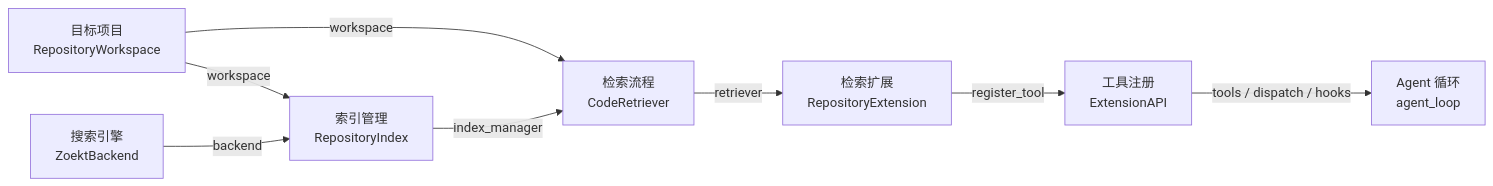
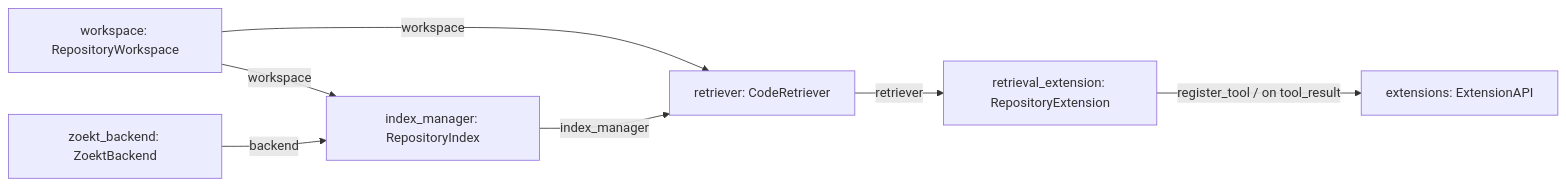
The second of 2 diagrams in s16_repository_search/README.md (liuying151203-create/pi-code-agent), drawn with Mermaid before and after one commit. The commit also changed other lines of this file and 128 other files, not shown here.

````diff
--- a/s16_repository_search/README.md
+++ b/s16_repository_search/README.md
@@ -143,10 +56,9 @@
 ```mermaid
 flowchart LR
-    workspace["目标项目<br/>RepositoryWorkspace"] -->|workspace| index_manager["索引管理<br/>RepositoryIndex"]
-    zoekt_backend["搜索引擎<br/>ZoektBackend"] -->|backend| index_manager
-    workspace -->|workspace| retriever["检索流程<br/>CodeRetriever"]
-    index_manager -->|index_manager| retriever
-    retriever -->|retriever| retrieval_extension["检索扩展<br/>RepositoryExtension"]
-    retrieval_extension -->|register_tool| extensions["工具注册<br/>ExtensionAPI"]
-    extensions -->|"tools / dispatch / hooks"| agent_loop["Agent 循环<br/>agent_loop"]
+    W[workspace: RepositoryWorkspace] -->|workspace| I[index_manager: RepositoryIndex]
+    Z[zoekt_backend: ZoektBackend] -->|backend| I
+    W -->|workspace| R[retriever: CodeRetriever]
+    I -->|index_manager| R
+    R -->|retriever| X[retrieval_extension: RepositoryExtension]
+    X -->|register_tool / on tool_result| A[extensions: ExtensionAPI]
 ```
````
